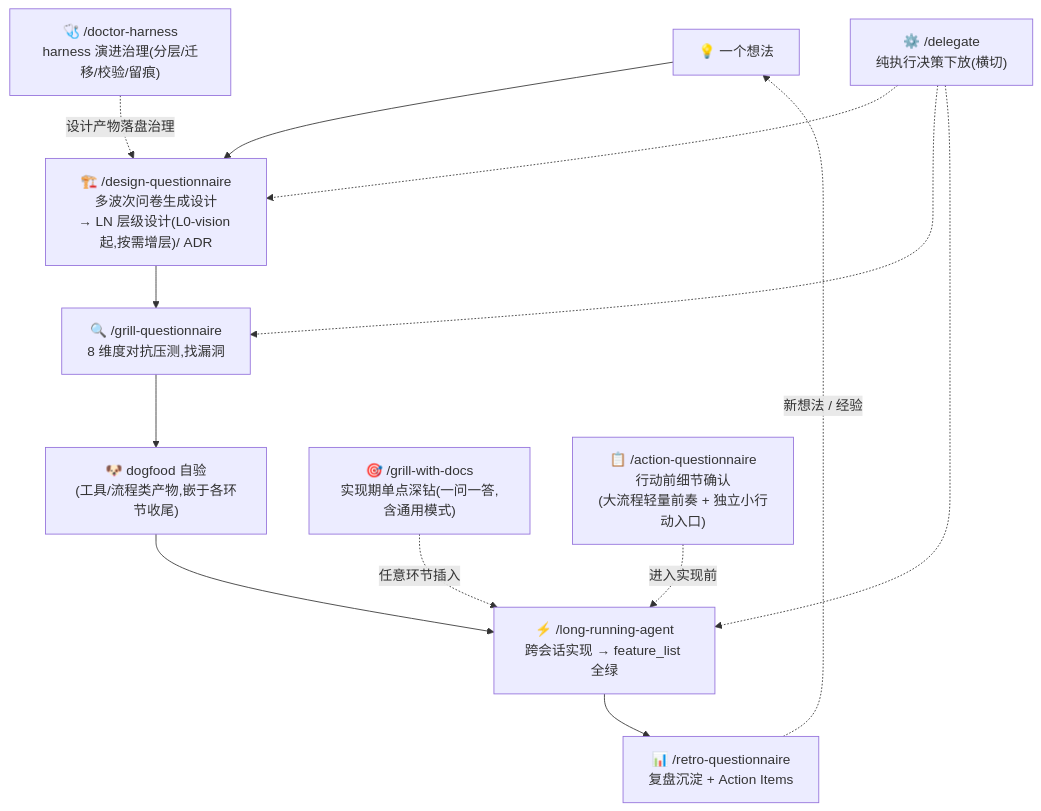
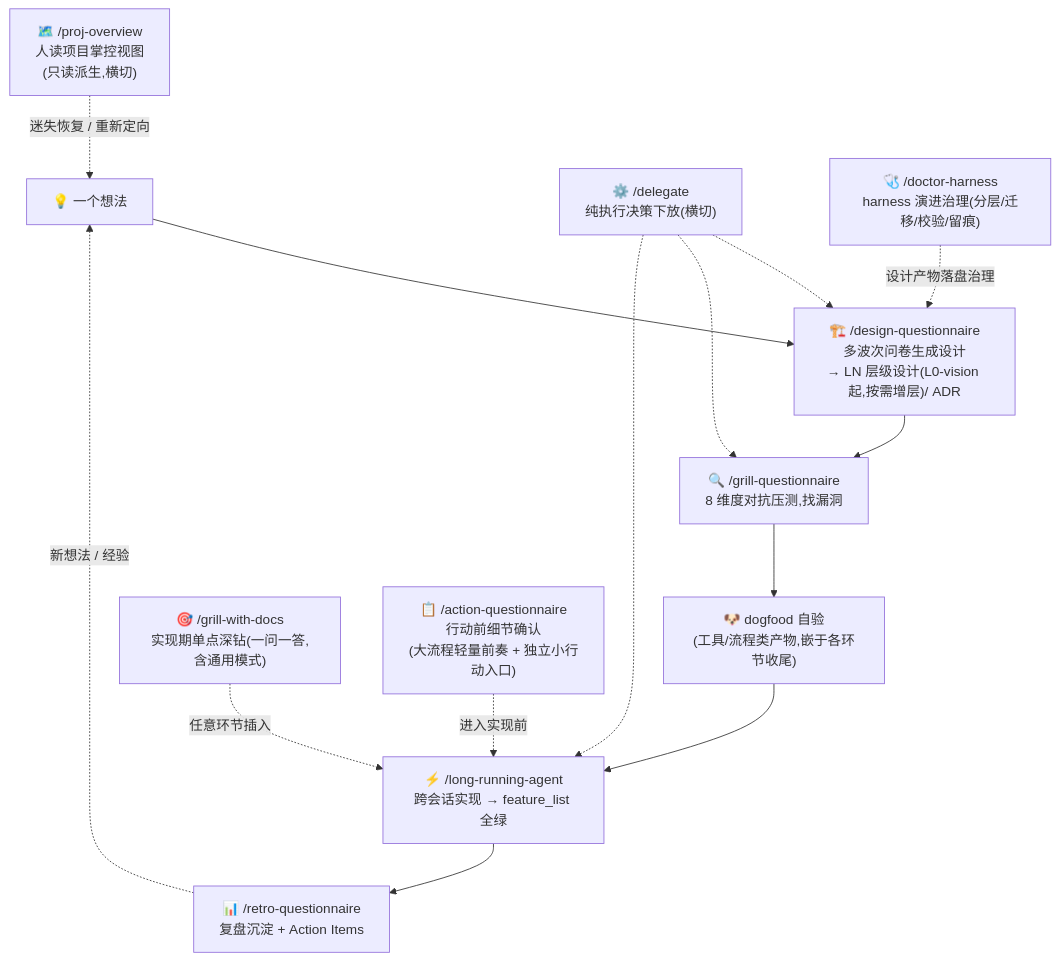
The diagram in README.md (code-cycler/info-driven-ai-se-harness-engineering), drawn with Mermaid before and after one commit. The commit also changed other lines of this file and 14 other files, not shown here.

````diff
--- a/README.md
+++ b/README.md
@@ -46,16 +46,17 @@
 ```mermaid
 flowchart TD
     A["💡 一个想法"] --> B["🏗️ /design-questionnaire<br/>多波次问卷生成设计<br/>→ LN 层级设计(L0-vision 起,按需增层)/ ADR"]
     B --> C["🔍 /grill-questionnaire<br/>8 维度对抗压测,找漏洞"]
     C --> D["🐶 dogfood 自验<br/>(工具/流程类产物,嵌于各环节收尾)"]
     D --> E["⚡ /long-running-agent<br/>跨会话实现 → feature_list 全绿"]
     E --> F["📊 /retro-questionnaire<br/>复盘沉淀 + Action Items"]
     F -.->|新想法 / 经验| A
 
     G["🎯 /grill-with-docs<br/>实现期单点深钻(一问一答,含通用模式)"] -.->|任意环节插入| E
     H["⚙️ /delegate<br/>纯执行决策下放(横切)"] -.-> B
     H -.-> C
     H -.-> E
     I["📋 /action-questionnaire<br/>行动前细节确认<br/>(大流程轻量前奏 + 独立小行动入口)"] -.->|进入实现前| E
     J["🩺 /doctor-harness<br/>harness 演进治理(分层/迁移/校验/留痕)"] -.->|设计产物落盘治理| B
+    K["🗺️ /proj-overview<br/>人读项目掌控视图<br/>(只读派生,横切)"] -.->|迷失恢复 / 重新定向| A
 ```
````
